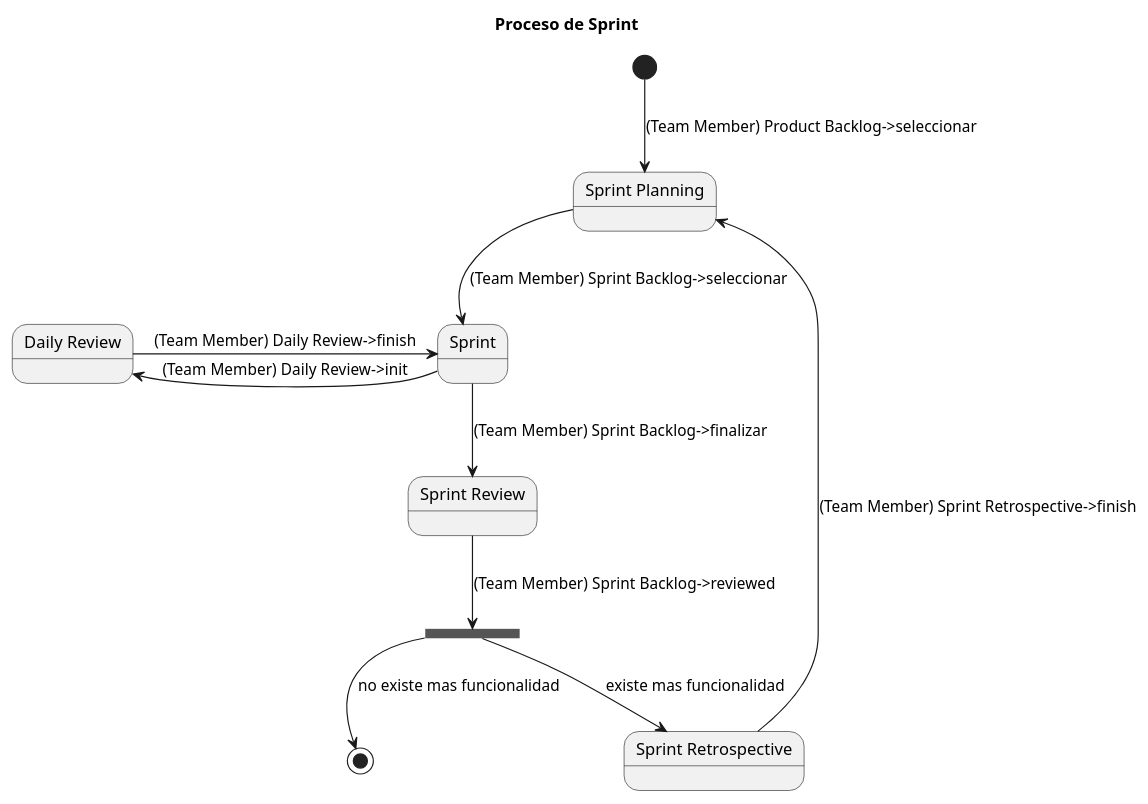
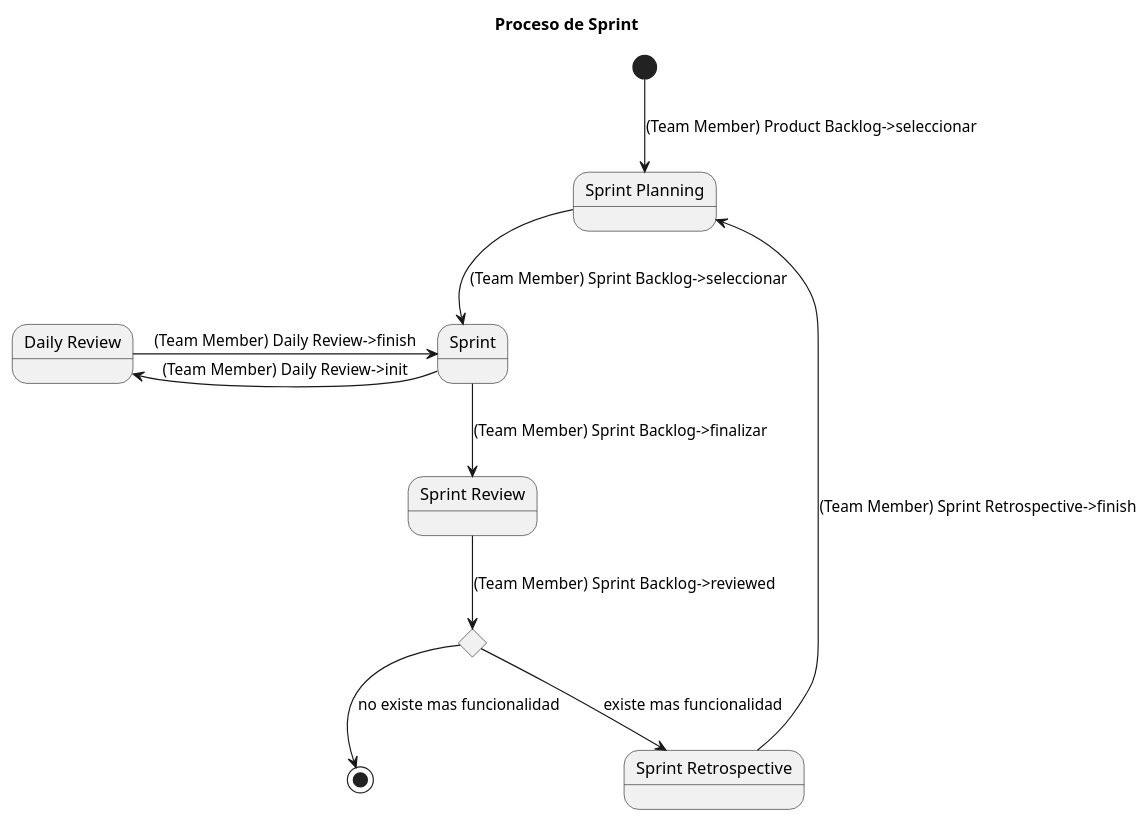
Before and after one commit to pablodanielrey/colaborativos: the second of 3 diagrams in entrega1/actividades/sprint/sprint.plantuml, drawn with PlantUML. The commit also changed other lines of this file and 2 other files, not shown here.

```diff
--- a/entrega1/actividades/sprint/sprint.plantuml
+++ b/entrega1/actividades/sprint/sprint.plantuml
@@ -402,24 +517,25 @@
-@startuml sprint_process
+@startuml proceso
 title "Proceso de Sprint"
 
 state "Sprint Planning" as planning
 state "Sprint" as sprint
 state "Daily Review" as daily
 state "Sprint Review" as review
 state "Sprint Retrospective" as retrospective
 
-state f <<fork>>
+'state f <<fork>>
+state c <<choice>>
 
 sprint -> daily : (Team Member) Daily Review->init
 daily -> sprint : (Team Member) Daily Review->finish
 
 [*] --> planning : (Team Member) Product Backlog->seleccionar
 planning --> sprint : (Team Member) Sprint Backlog->seleccionar
 sprint --> review : (Team Member) Sprint Backlog->finalizar
-review --> f : (Team Member) Sprint Backlog->reviewed
-f --> retrospective : existe mas funcionalidad
-f --> [*] : no existe mas funcionalidad
+review --> c : (Team Member) Sprint Backlog->reviewed
+c --> retrospective : existe mas funcionalidad
+c --> [*] : no existe mas funcionalidad
 retrospective --u--> planning : (Team Member) Sprint Retrospective->finish
 
 
 @enduml
```
